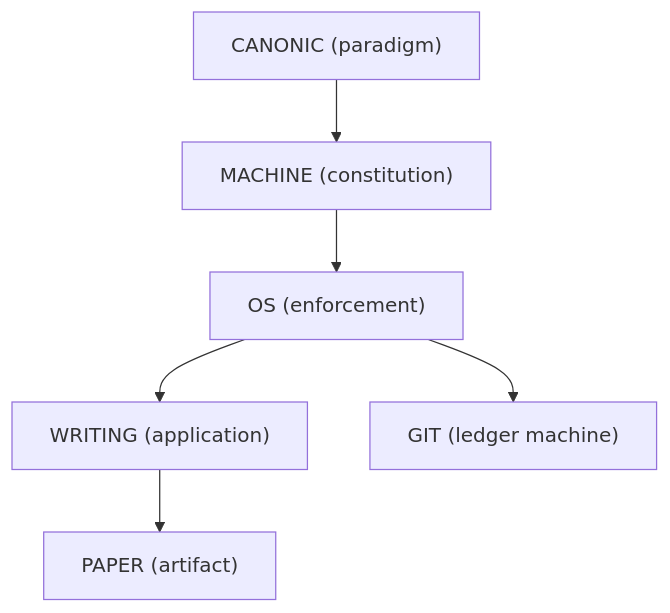
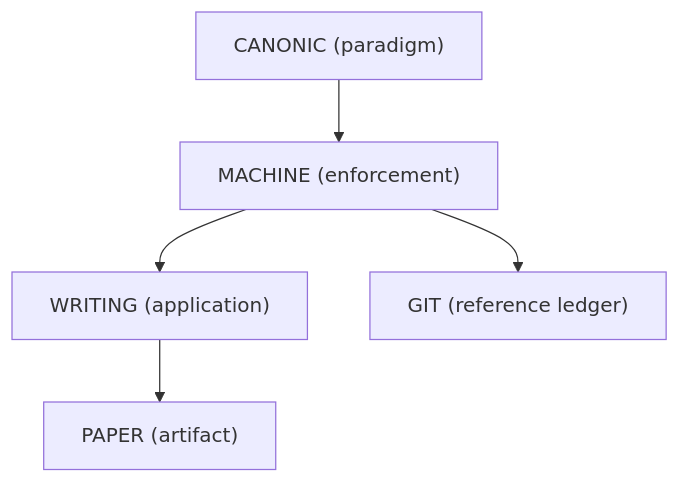
Before and after one commit to canonic-machine/canonic: the diagram in CANONIC.md, drawn with Mermaid. The commit also changed other lines of this file and 3 other files, not shown here.

````diff
--- a/CANONIC.md
+++ b/CANONIC.md
@@ -14,8 +19,7 @@
-   ```mermaid
-   flowchart TD
-     CANONIC["CANONIC (paradigm)"] --> MACHINE["MACHINE (constitution)"]
-     MACHINE --> OS["OS (enforcement)"]
-     OS --> WRITING["WRITING (application)"]
-     WRITING --> PAPER["PAPER (artifact)"]
-     OS --> GIT["GIT (ledger machine)"]
-   ```
+```mermaid
+flowchart TD
+  CANONIC["CANONIC (paradigm)"] --> MACHINE["MACHINE (enforcement)"]
+  MACHINE --> WRITING["WRITING (application)"]
+  WRITING --> PAPER["PAPER (artifact)"]
+  MACHINE --> GIT["GIT (reference ledger)"]
+```
````
